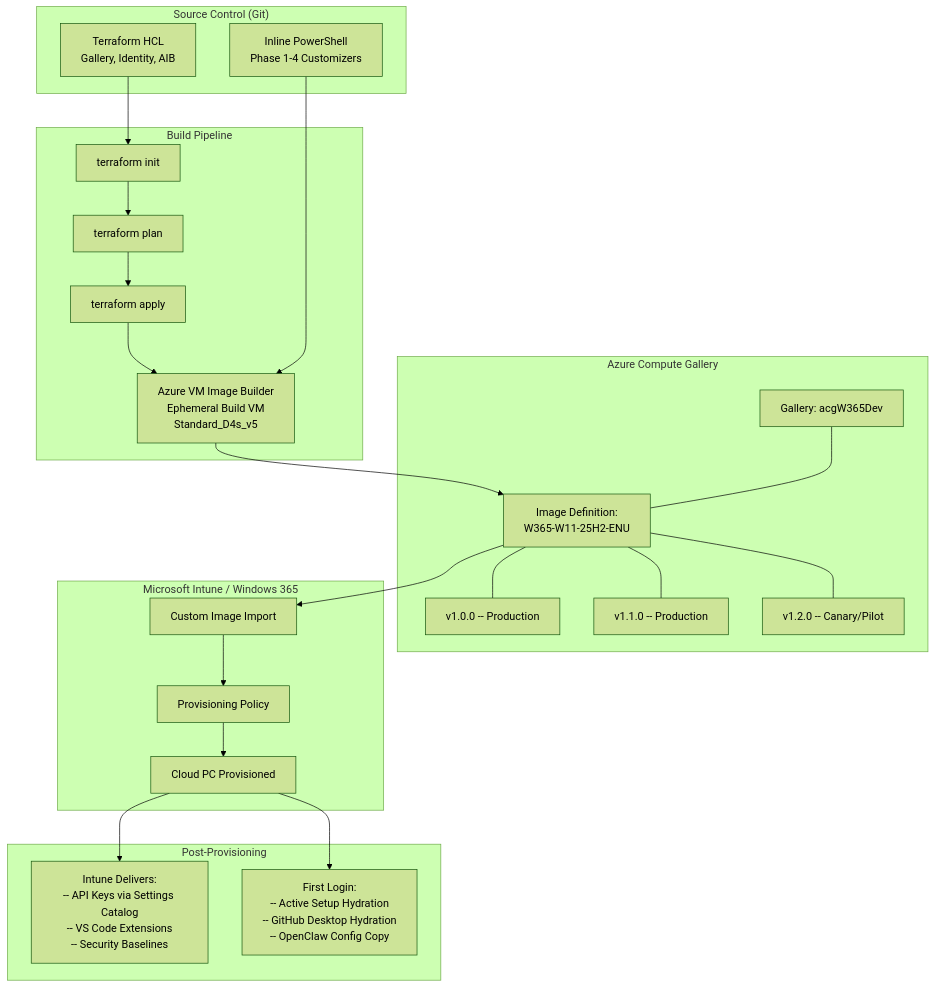
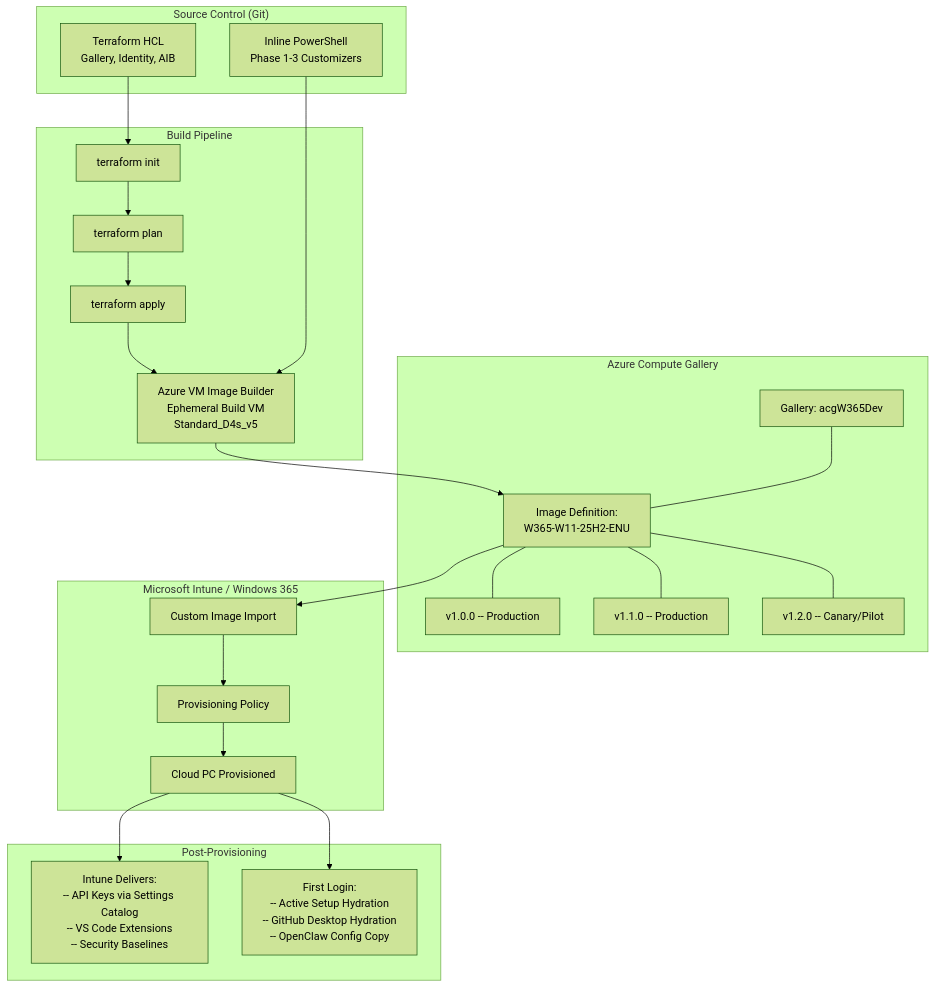
The first of 7 diagrams in README.md (kkaminsk/W365ClawBook), drawn with Mermaid (forest theme) before and after one commit. The commit also changed other lines of this file, not shown here.

````diff
--- a/README.md
+++ b/README.md
@@ -275,42 +274,42 @@
 ```mermaid
 graph TB
     subgraph "Source Control (Git)"
         TF[Terraform HCL<br/>Gallery, Identity, AIB]
-        PS[Inline PowerShell<br/>Phase 1-4 Customizers]
+        PS[Inline PowerShell<br/>Phase 1-3 Customizers]
     end
 
     subgraph "Build Pipeline"
         INIT[terraform init]
         PLAN[terraform plan]
         APPLY[terraform apply]
         AIB[Azure VM Image Builder<br/>Ephemeral Build VM<br/>Standard_D4s_v5]
     end
 
     subgraph "Azure Compute Gallery"
         GAL[Gallery: acgW365Dev]
         DEF[Image Definition:<br/>W365-W11-25H2-ENU]
         V1[v1.0.0 -- Production]
         V2[v1.1.0 -- Production]
         V3[v1.2.0 -- Canary/Pilot]
     end
 
     subgraph "Microsoft Intune / Windows 365"
         IMPORT[Custom Image Import]
         POLICY[Provisioning Policy]
         CPC[Cloud PC Provisioned]
     end
 
     subgraph "Post-Provisioning"
         INTUNE[Intune Delivers:<br/>-- API Keys via Settings Catalog<br/>-- VS Code Extensions<br/>-- Security Baselines]
         LOGIN[First Login:<br/>-- Active Setup Hydration<br/>-- GitHub Desktop Hydration<br/>-- OpenClaw Config Copy]
     end
 
     TF --> INIT --> PLAN --> APPLY --> AIB
     PS --> AIB
     AIB --> DEF
     GAL --- DEF
     DEF --- V1 & V2 & V3
     DEF --> IMPORT --> POLICY --> CPC
     CPC --> INTUNE
     CPC --> LOGIN
 ```
````
